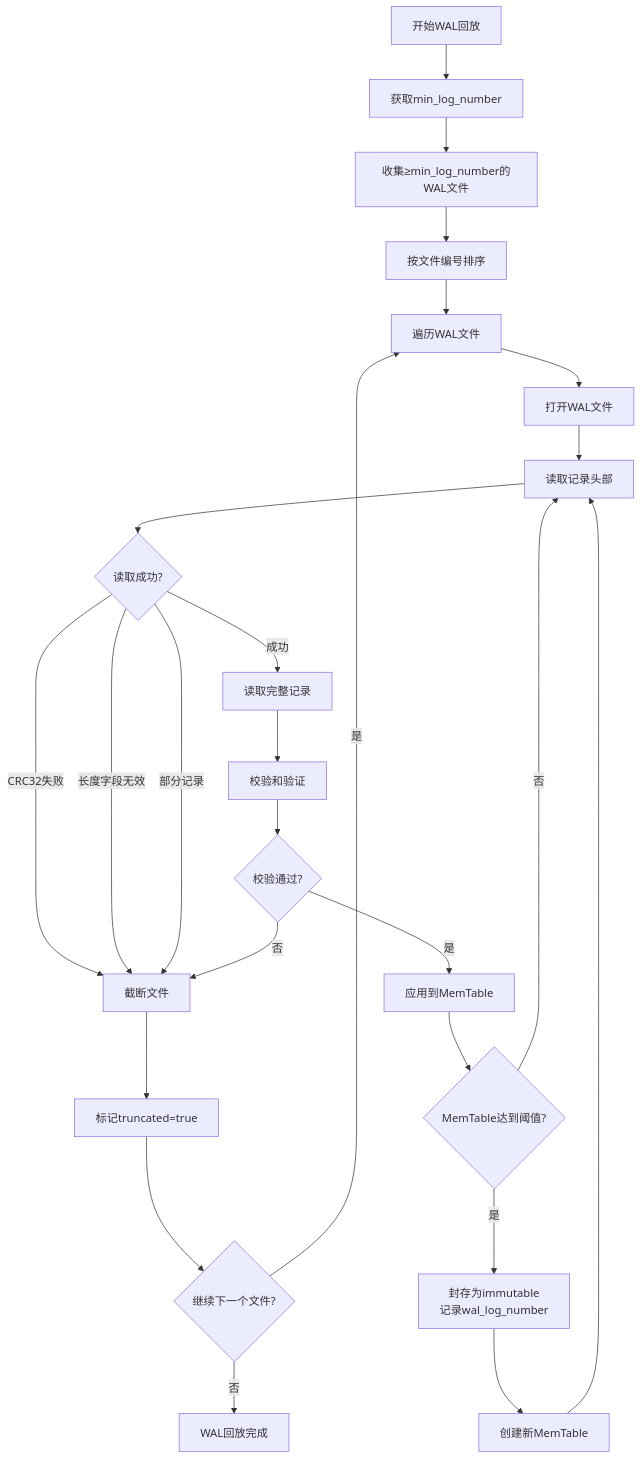
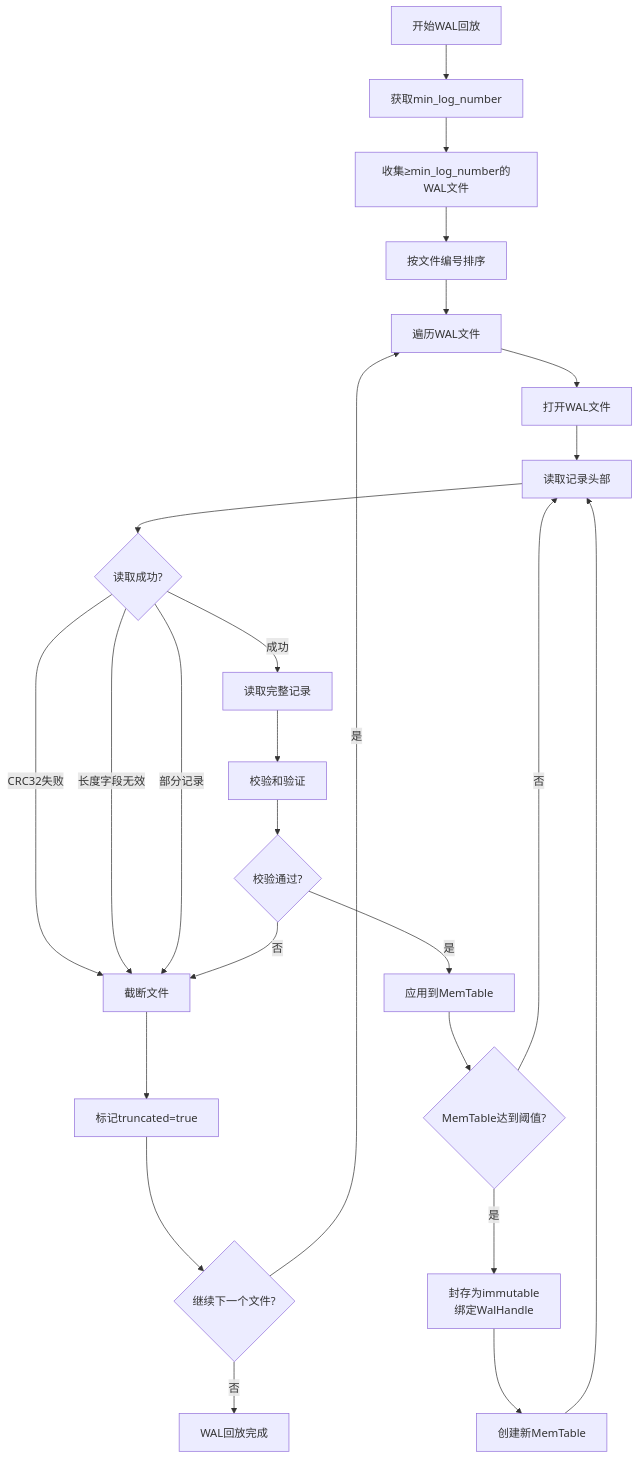
Before and after one commit to NewLewis/GoatDB: the fifth of 8 diagrams in docs/goatkv/crash_recovery_detailed.md, drawn with Mermaid. The commit also changed other lines of this file and 33 other files, not shown here.

````diff
--- a/docs/goatkv/crash_recovery_detailed.md
+++ b/docs/goatkv/crash_recovery_detailed.md
@@ -215,33 +217,33 @@
 ```mermaid
 flowchart TD
     A[开始WAL回放] --> B[获取min_log_number]
     B --> C[收集≥min_log_number的WAL文件]
     C --> D[按文件编号排序]
     D --> E[遍历WAL文件]
     
     E --> F[打开WAL文件]
     F --> G[读取记录头部]
     G --> H{读取成功?}
     H -->|CRC32失败| I[截断文件]
     H -->|长度字段无效| I
     H -->|部分记录| I
     H -->|成功| J[读取完整记录]
     
     I --> K[标记truncated=true]
     K --> L{继续下一个文件?}
     
     J --> M[校验和验证]
     M --> N{校验通过?}
     N -->|是| O[应用到MemTable]
     N -->|否| I
     
     O --> P{MemTable达到阈值?}
-    P -->|是| Q[封存为immutable<br/>记录wal_log_number]
+    P -->|是| Q[封存为immutable<br/>绑定WalHandle]
     P -->|否| G
     
     Q --> R[创建新MemTable]
     R --> G
     
     L -->|是| E
     L -->|否| S[WAL回放完成]
 ```
````
